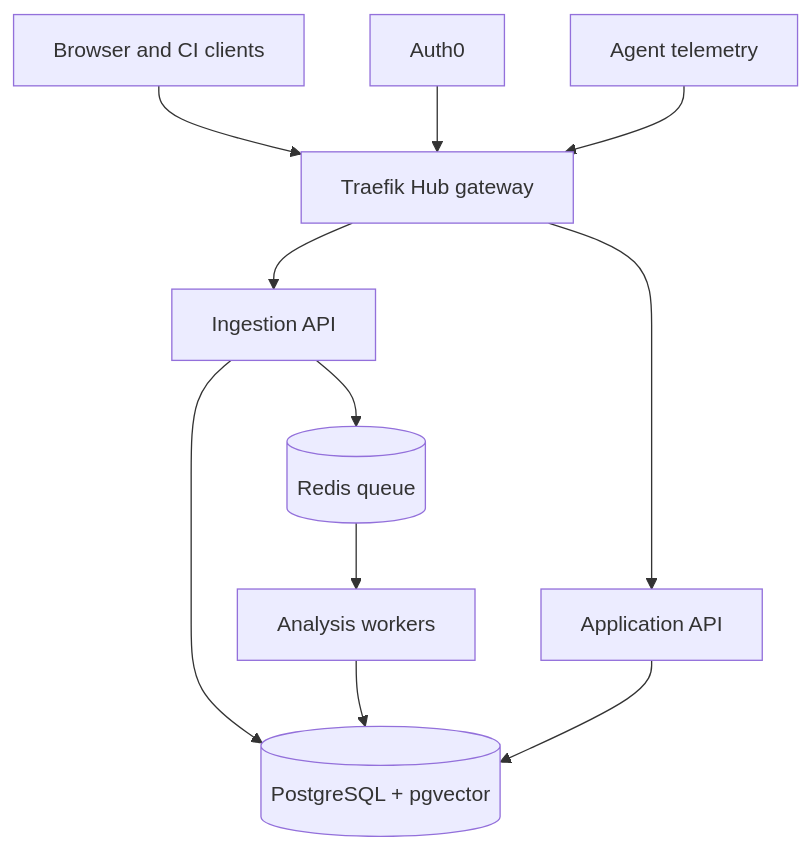
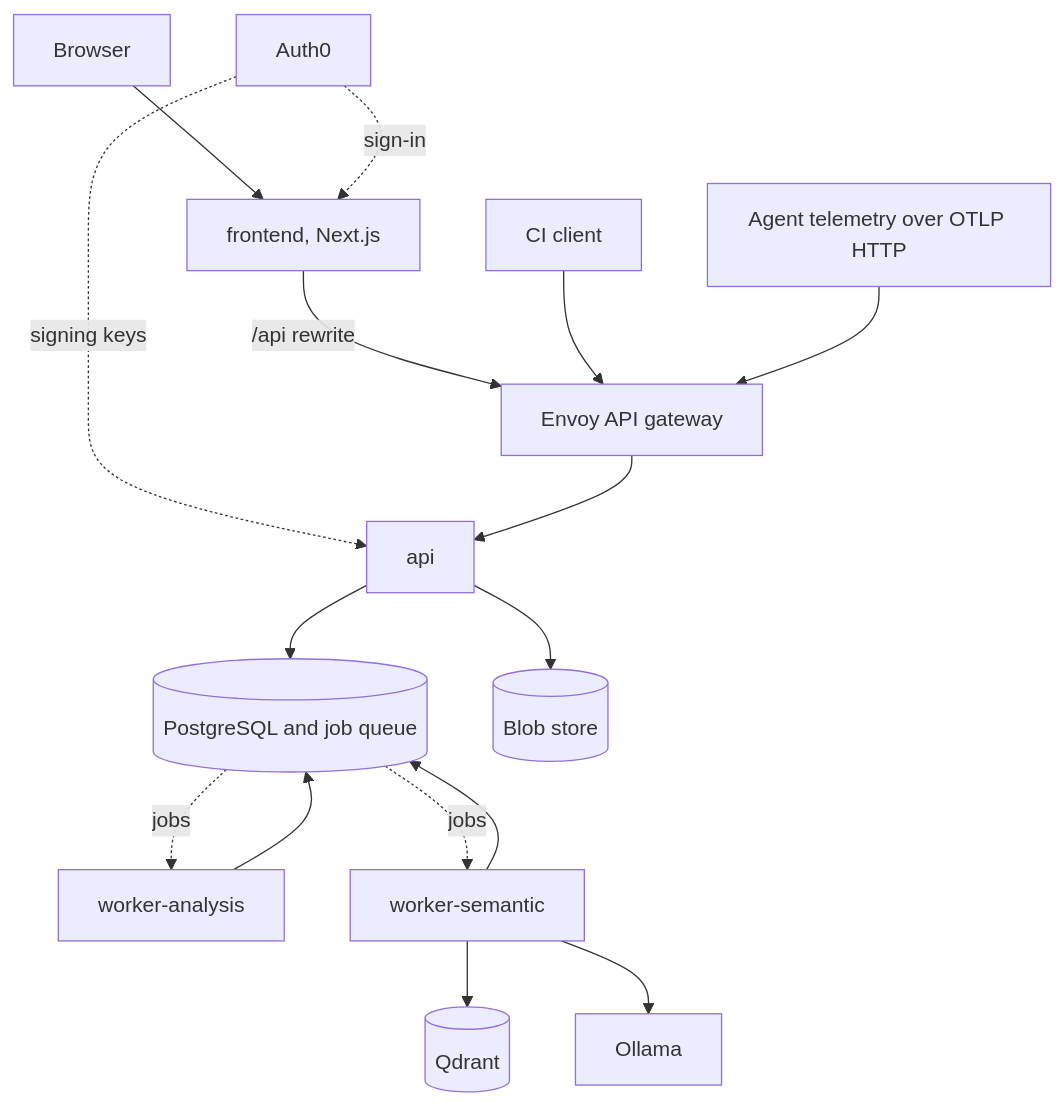
Before and after one commit to NguyenVu04/agent-proof: the diagram in README.md, drawn with Mermaid. The commit also changed other lines of this file and 21 other files, not shown here.

````diff
--- a/README.md
+++ b/README.md
@@ -57,13 +57,18 @@
 ```mermaid
 flowchart TD
-    A["Browser and CI clients"] --> G["Traefik Hub gateway"]
-    U["Auth0"] --> G
-    T["Agent telemetry"] --> G
-    G --> API["Application API"]
-    G --> ING["Ingestion API"]
-    ING --> P[(PostgreSQL + pgvector)]
-    ING --> Q[(Redis queue)]
-    Q --> W["Analysis workers"]
+    B["Browser"] --> FE["frontend, Next.js"]
+    FE -->|"/api rewrite"| G["Envoy API gateway"]
+    A["CI client"] --> G
+    T["Agent telemetry over OTLP HTTP"] --> G
+    U["Auth0"] -. "sign-in" .-> FE
+    U -. "signing keys" .-> API
+    G --> API["api"]
+    API --> P[("PostgreSQL and job queue")]
+    API --> B2[("Blob store")]
+    P -. "jobs" .-> W["worker-analysis"]
+    P -. "jobs" .-> C["worker-semantic"]
     W --> P
-    API --> P
+    C --> P
+    C --> V[("Qdrant")]
+    C --> L["Ollama"]
 ```
````
